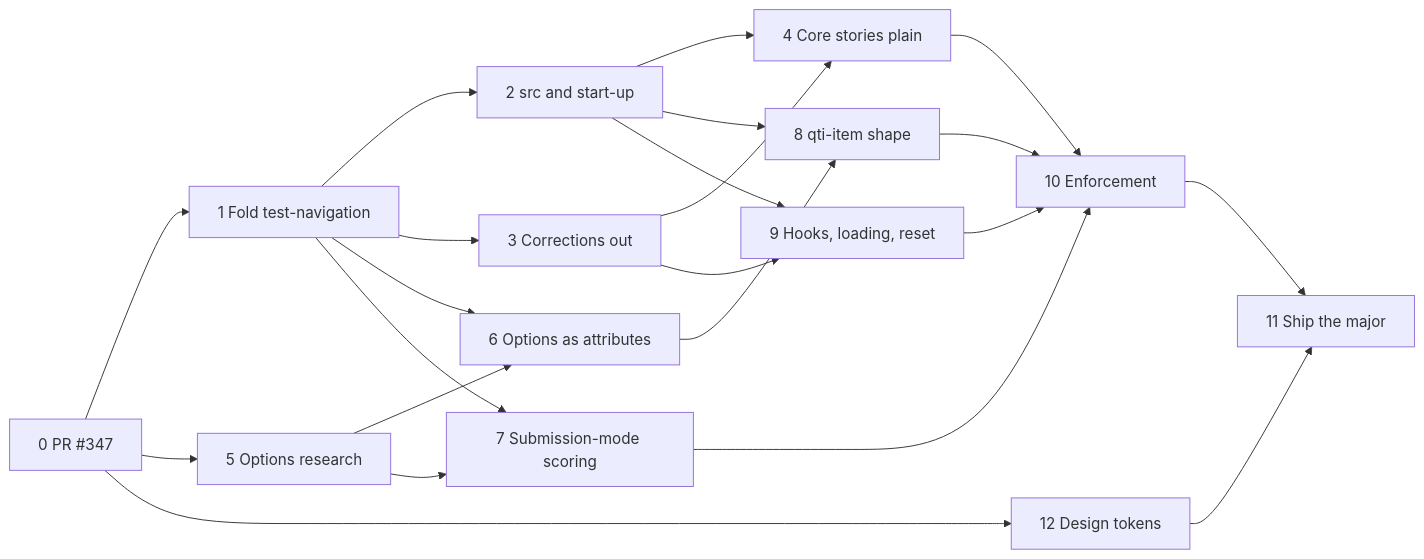
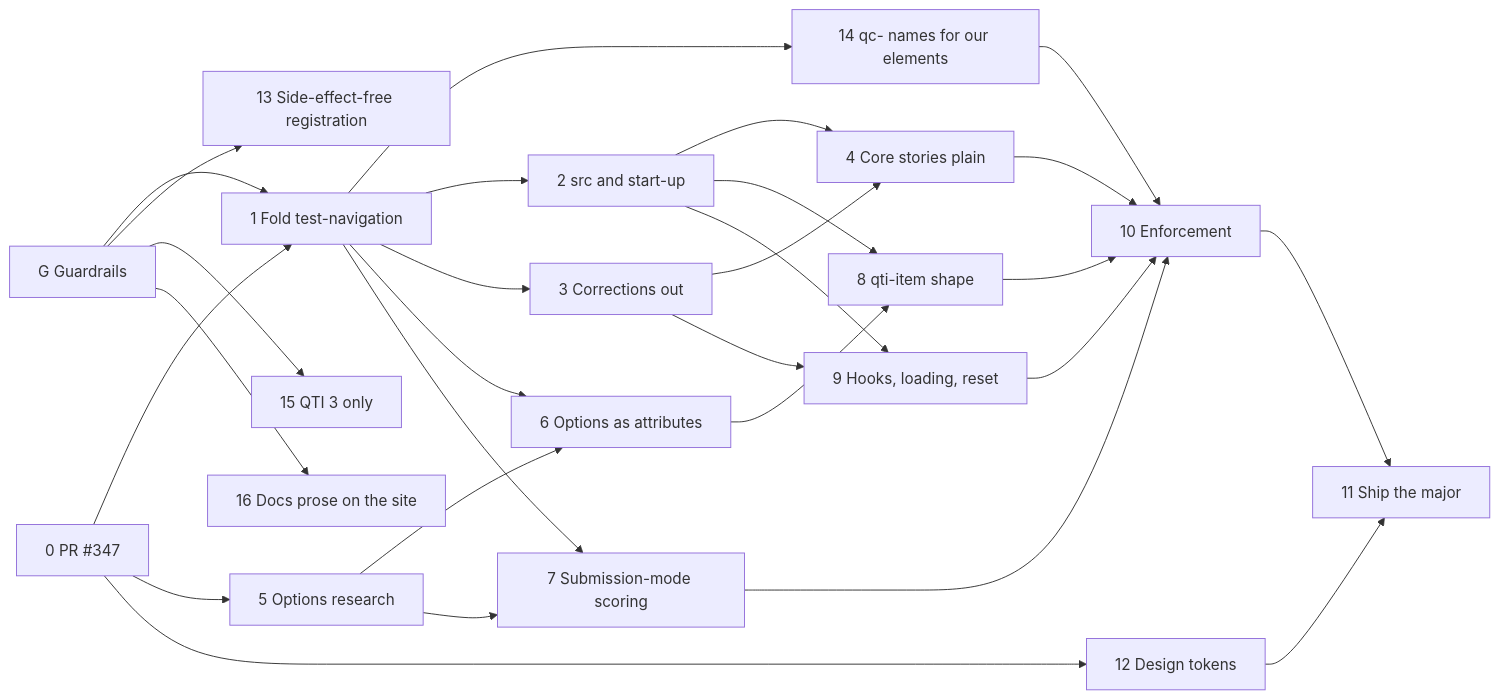
The diagram in plans/ROADMAP.md (Citolab/qti-components), drawn with Mermaid before and after one commit. The commit also changed other lines of this file and 35 other files, not shown here.

First line of the commit message:
chore(claude): one rulebook and the Claude setup (roadmap G1)

````diff
--- a/plans/ROADMAP.md
+++ b/plans/ROADMAP.md
@@ -14,24 +57,30 @@
 ```mermaid
 graph LR
+  PG[G Guardrails] --> P1
+  PG --> P13[13 Side-effect-free registration]
+  PG --> P15[15 QTI 3 only]
+  PG --> P16[16 Docs prose on the site]
+  P1 --> P14[14 qc- names for our elements]
+  P14 --> P10
   P0[0 PR #347] --> P1[1 Fold test-navigation]
   P0 --> P5[5 Options research]
   P1 --> P2[2 src and start-up]
   P1 --> P3[3 Corrections out]
   P2 --> P4[4 Core stories plain]
   P3 --> P4
   P1 --> P6[6 Options as attributes]
   P5 --> P6
   P1 --> P7[7 Submission-mode scoring]
   P5 --> P7
   P2 --> P8[8 qti-item shape]
   P6 --> P8
   P2 --> P9[9 Hooks, loading, reset]
   P3 --> P9
   P4 --> P10[10 Enforcement]
   P7 --> P10
   P8 --> P10
   P9 --> P10
   P10 --> P11[11 Ship the major]
   P0 --> P12[12 Design tokens]
   P12 --> P11
 ```
````
